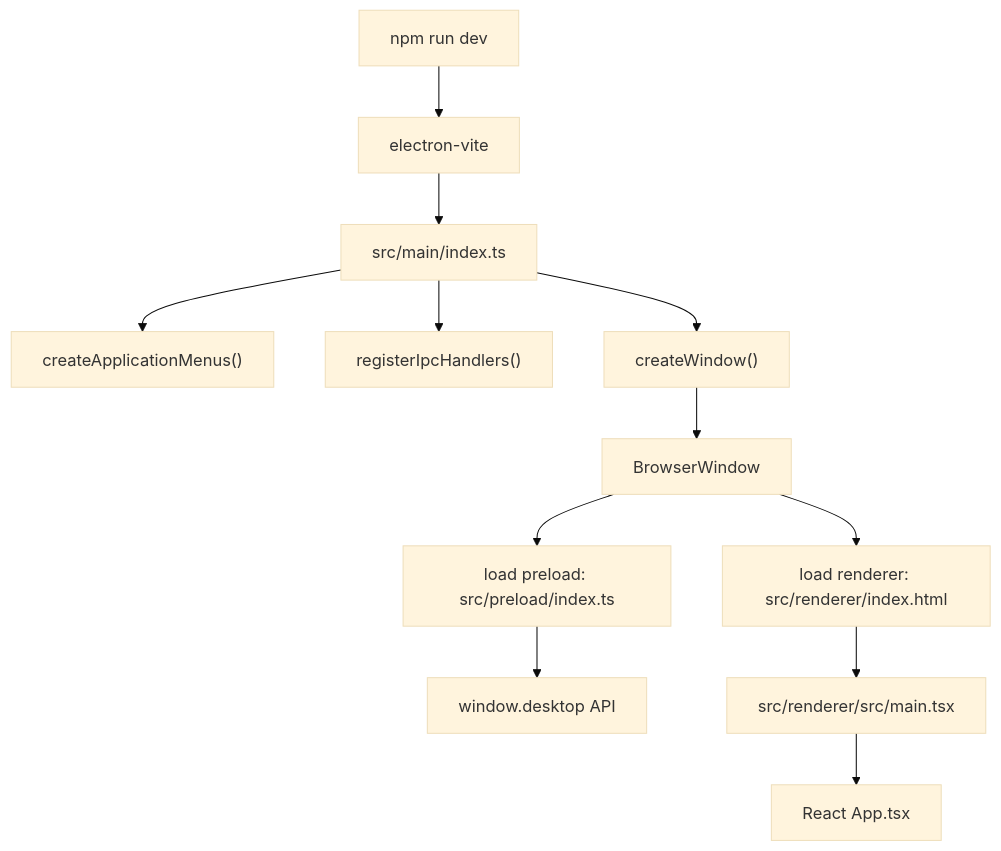
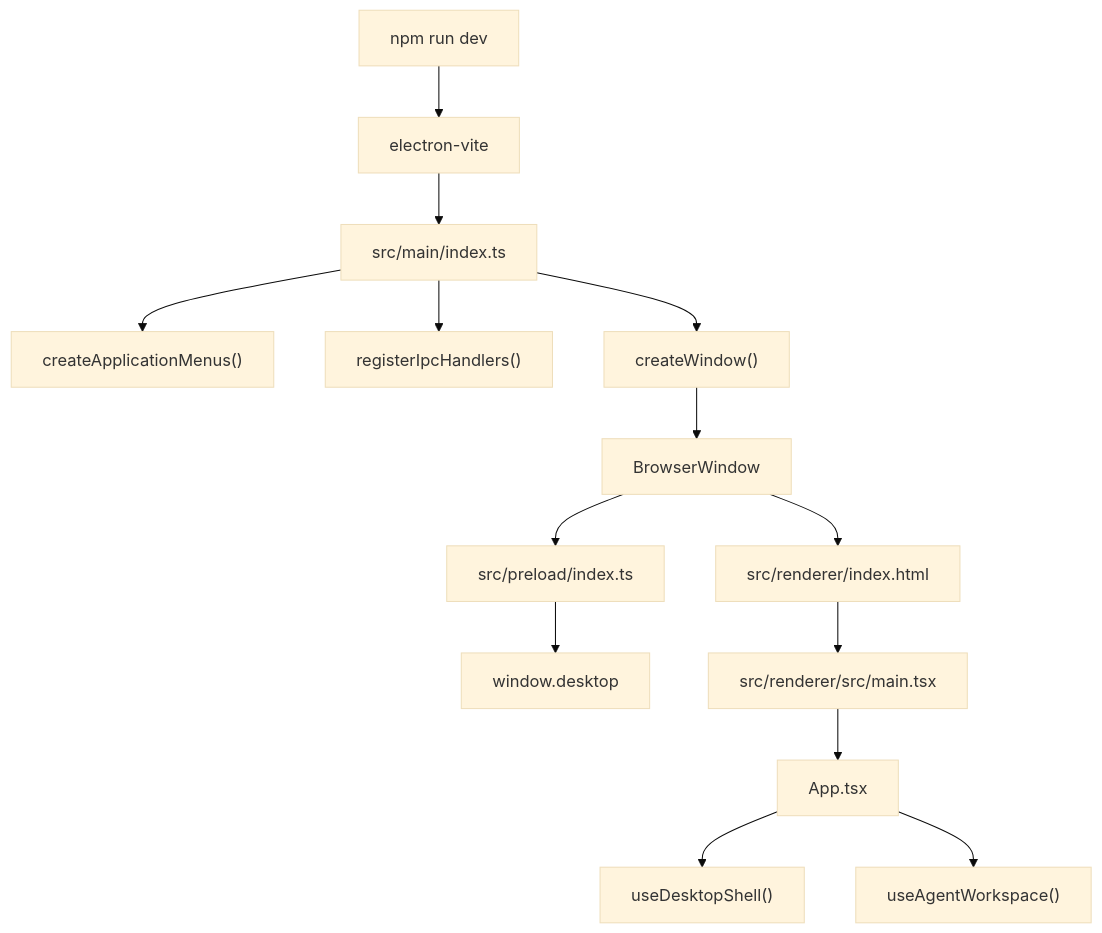
Before and after one commit to fanfan-de/fanfande_studio: the first of 3 diagrams in packages/desktop/FRONTEND_ARCHITECTURE_GUIDE.md, drawn with Mermaid (base theme). The commit also changed other lines of this file and 30 other files, not shown here.

Commit message:
Reorganize desktop docs around current workspace and API flow

````diff
--- a/packages/desktop/FRONTEND_ARCHITECTURE_GUIDE.md
+++ b/packages/desktop/FRONTEND_ARCHITECTURE_GUIDE.md
@@ -19,14 +21,16 @@
 ```mermaid
 flowchart TD
     A["npm run dev"] --> B["electron-vite"]
     B --> C["src/main/index.ts"]
     C --> D["createApplicationMenus()"]
     C --> E["registerIpcHandlers()"]
     C --> F["createWindow()"]
     F --> G["BrowserWindow"]
-    G --> H["load preload: src/preload/index.ts"]
-    G --> I["load renderer: src/renderer/index.html"]
-    H --> J["window.desktop API"]
+    G --> H["src/preload/index.ts"]
+    G --> I["src/renderer/index.html"]
+    H --> J["window.desktop"]
     I --> K["src/renderer/src/main.tsx"]
-    K --> L["React App.tsx"]
+    K --> L["App.tsx"]
+    L --> M["useDesktopShell()"]
+    L --> N["useAgentWorkspace()"]
 ```
````
